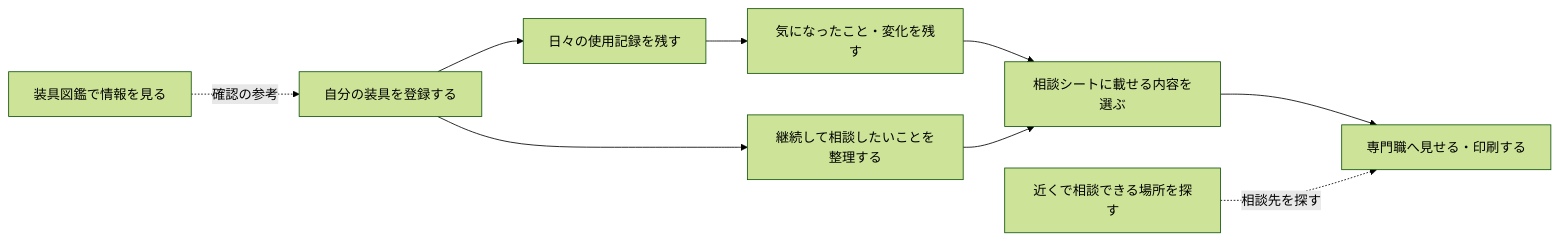
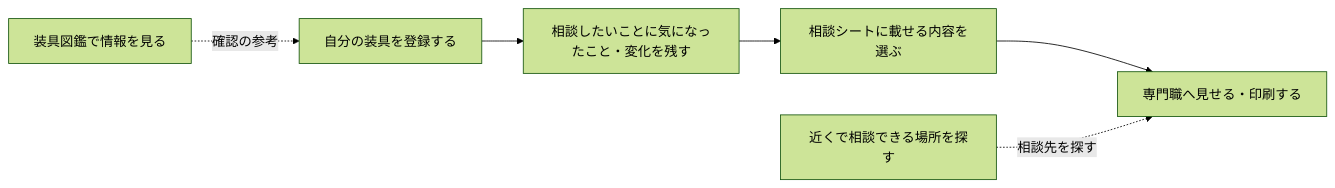
The diagram in README.md (kazunyon/kasisougu), drawn with Mermaid (forest theme) before and after one commit. The commit also changed other lines of this file and 9 other files, not shown here.

````diff
--- a/README.md
+++ b/README.md
@@ -28,11 +28,8 @@
 ```mermaid
 flowchart LR
-    A["自分の装具を登録する"] --> B["日々の使用記録を残す"]
-    B --> C["気になったこと・変化を残す"]
-    A --> D["継続して相談したいことを整理する"]
+    A["自分の装具を登録する"] --> C["相談したいことに気になったこと・変化を残す"]
     C --> E["相談シートに載せる内容を選ぶ"]
-    D --> E
     E --> F["専門職へ見せる・印刷する"]
     G["装具図鑑で情報を見る"] -. "確認の参考" .-> A
     H["近くで相談できる場所を探す"] -. "相談先を探す" .-> F
 ```
````
